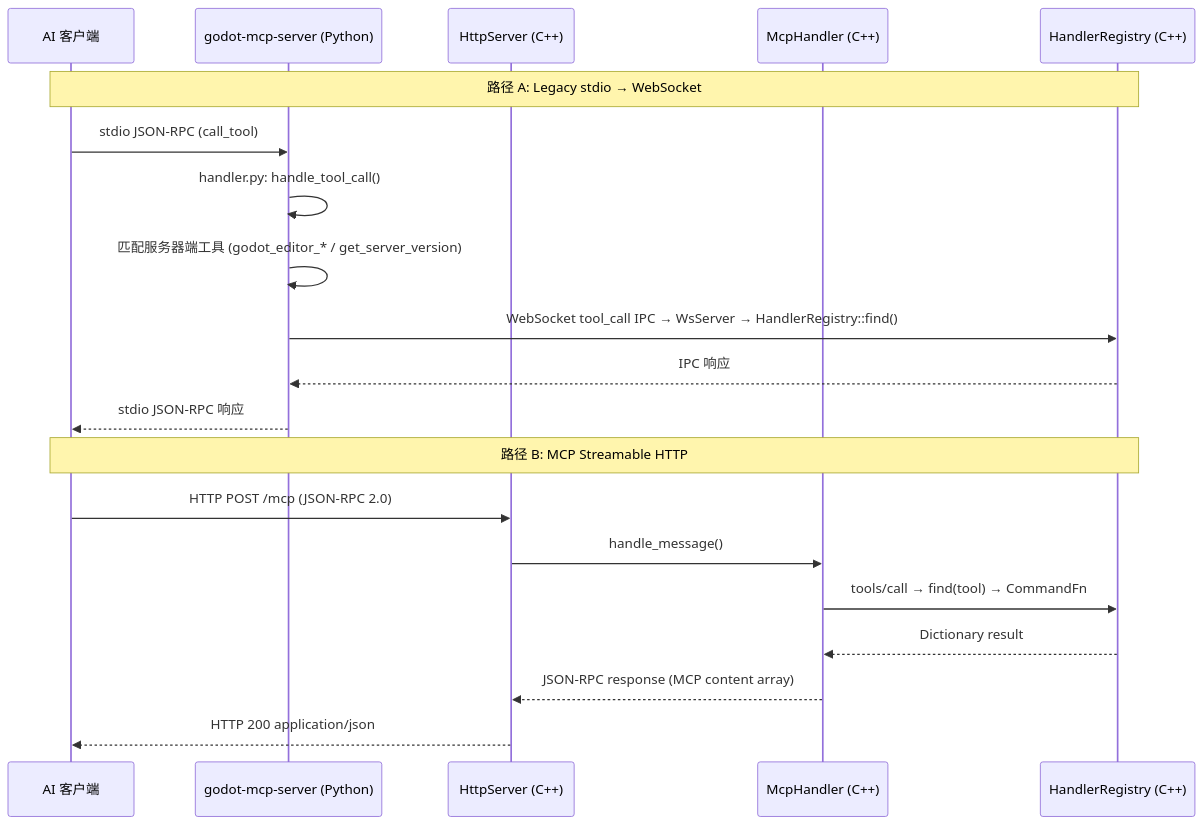
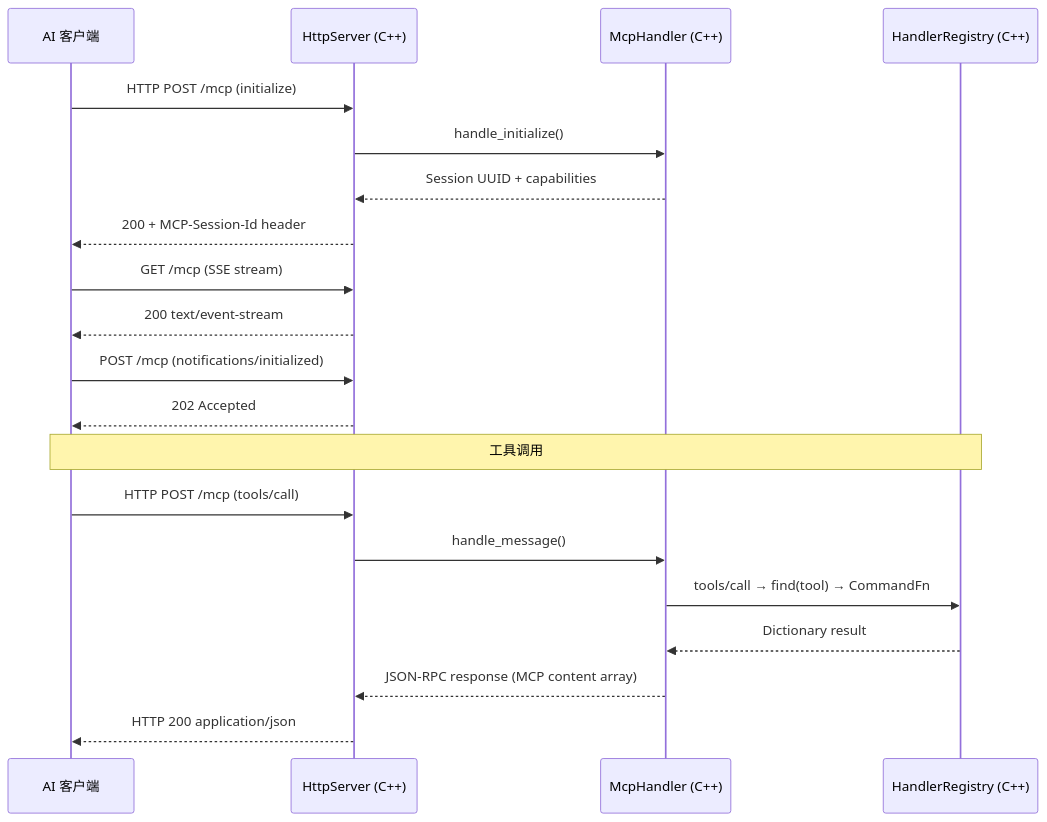
Before and after one commit to jesspig/GodotMCP-GDExtension: the diagram in .repo_wiki/overview/architecture.md, drawn with Mermaid. The commit also changed other lines of this file and 24 other files, not shown here.

````diff
--- a/.repo_wiki/overview/architecture.md
+++ b/.repo_wiki/overview/architecture.md
@@ -62,24 +51,27 @@
 ```mermaid
 sequenceDiagram
     participant AI as AI 客户端
-    participant S as godot-mcp-server (Python)
     participant H as HttpServer (C++)
     participant M as McpHandler (C++)
     participant G as HandlerRegistry (C++)
     
-    Note over AI,G: 路径 A: Legacy stdio → WebSocket
-    AI->>S: stdio JSON-RPC (call_tool)
-    S->>S: handler.py: handle_tool_call()
-    S->>S: 匹配服务器端工具 (godot_editor_* / get_server_version)
-    S->>G: WebSocket tool_call IPC → WsServer → HandlerRegistry::find()
-    G-->>S: IPC 响应
-    S-->>AI: stdio JSON-RPC 响应
+    AI->>H: HTTP POST /mcp (initialize)
+    H->>M: handle_initialize()
+    M-->>H: Session UUID + capabilities
+    H-->>AI: 200 + MCP-Session-Id header
     
-    Note over AI,G: 路径 B: MCP Streamable HTTP
-    AI->>H: HTTP POST /mcp (JSON-RPC 2.0)
+    AI->>H: GET /mcp (SSE stream)
+    H-->>AI: 200 text/event-stream
+    
+    AI->>H: POST /mcp (notifications/initialized)
+    H-->>AI: 202 Accepted
+    
+    Note over AI,G: 工具调用
+    
+    AI->>H: HTTP POST /mcp (tools/call)
     H->>M: handle_message()
     M->>G: tools/call → find(tool) → CommandFn
     G-->>M: Dictionary result
     M-->>H: JSON-RPC response (MCP content array)
     H-->>AI: HTTP 200 application/json
 ```
````
